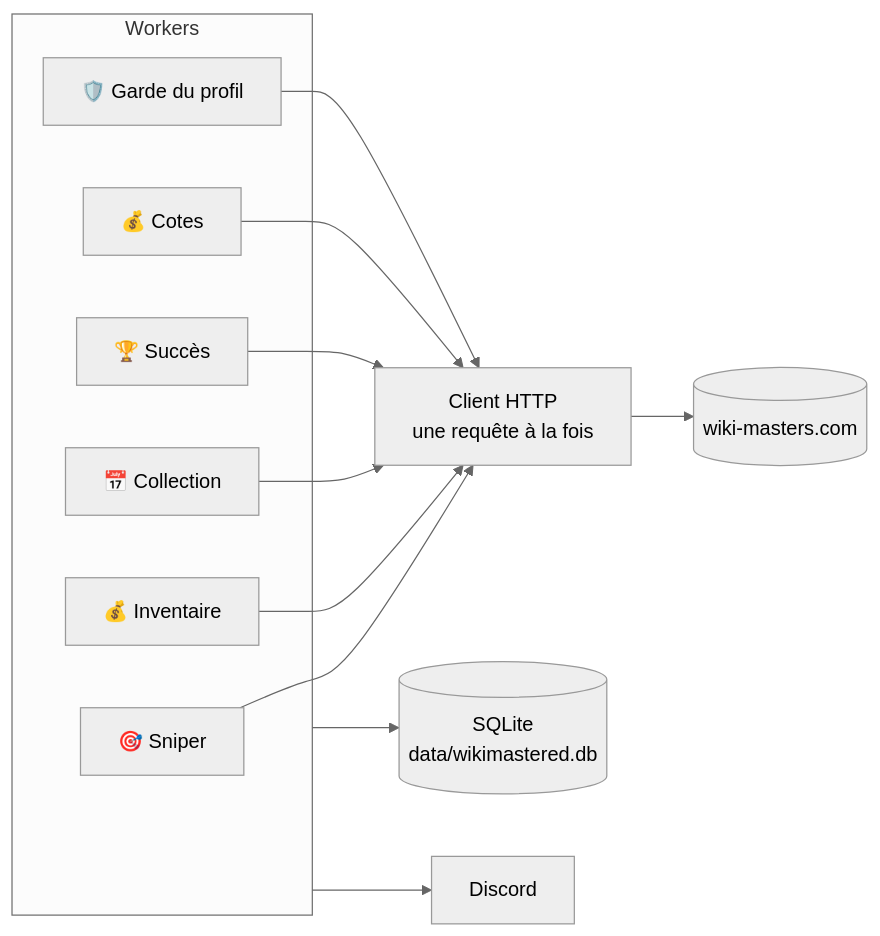
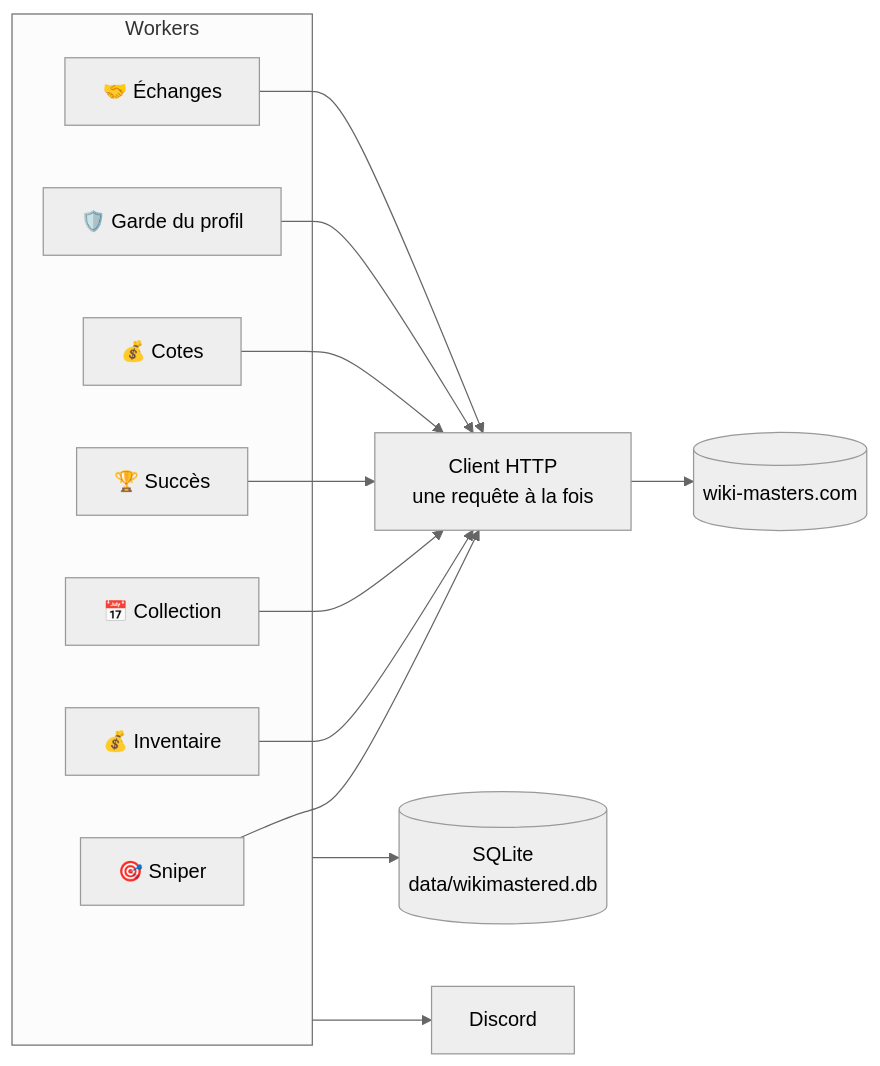
The first of 8 diagrams in docs/FONCTIONNEMENT.md (MaKSiiMe/WikiMastered), drawn with Mermaid (neutral theme) before and after one commit. The commit also changed other lines of this file and 14 other files, not shown here.

First line of the commit message:
Échanges : chaque échange proposé évalué sur Discord avec une contre-offre, et /echange pour en comparer un (#124)

````diff
--- a/docs/FONCTIONNEMENT.md
+++ b/docs/FONCTIONNEMENT.md
@@ -17,15 +17,16 @@
 ```mermaid
 flowchart LR
     subgraph Workers
         S["🎯 Sniper"]
         I["💰 Inventaire"]
         C["📅 Collection"]
         A["🏆 Succès"]
         V["💰 Cotes"]
         G["🛡️ Garde du profil"]
+        E["🤝 Échanges"]
     end
-    S & I & C & A & V & G --> Q["Client HTTP<br/>une requête à la fois"]
+    S & I & C & A & V & G & E --> Q["Client HTTP<br/>une requête à la fois"]
     Q --> W[("wiki-masters.com")]
     Workers --> DB[("SQLite<br/>data/wikimastered.db")]
     Workers --> D["Discord"]
 ```
````
